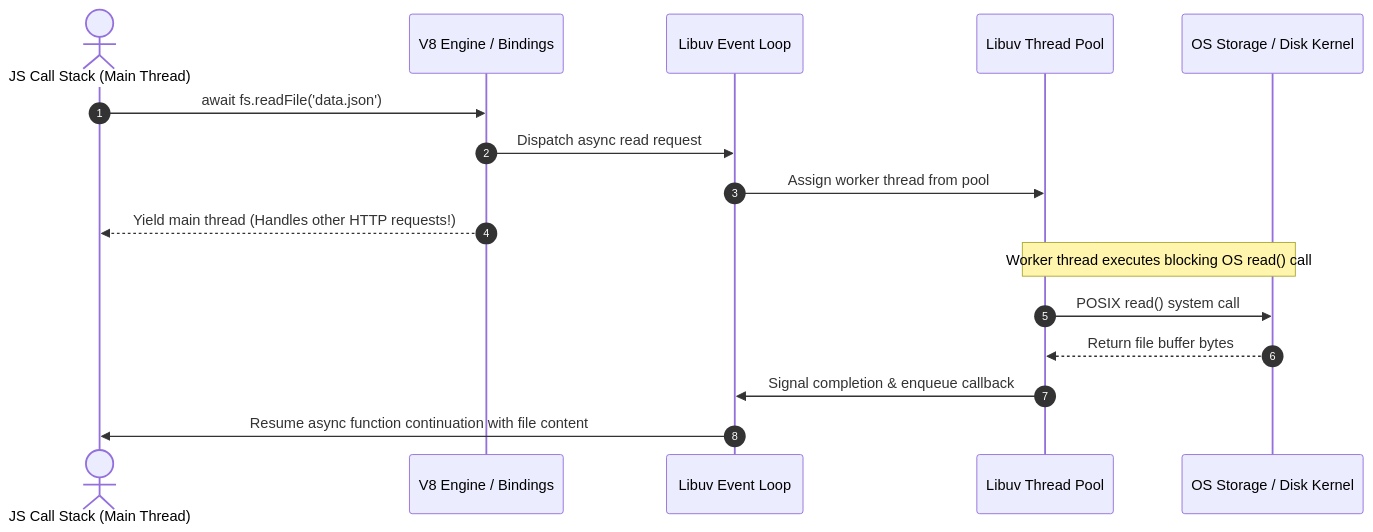
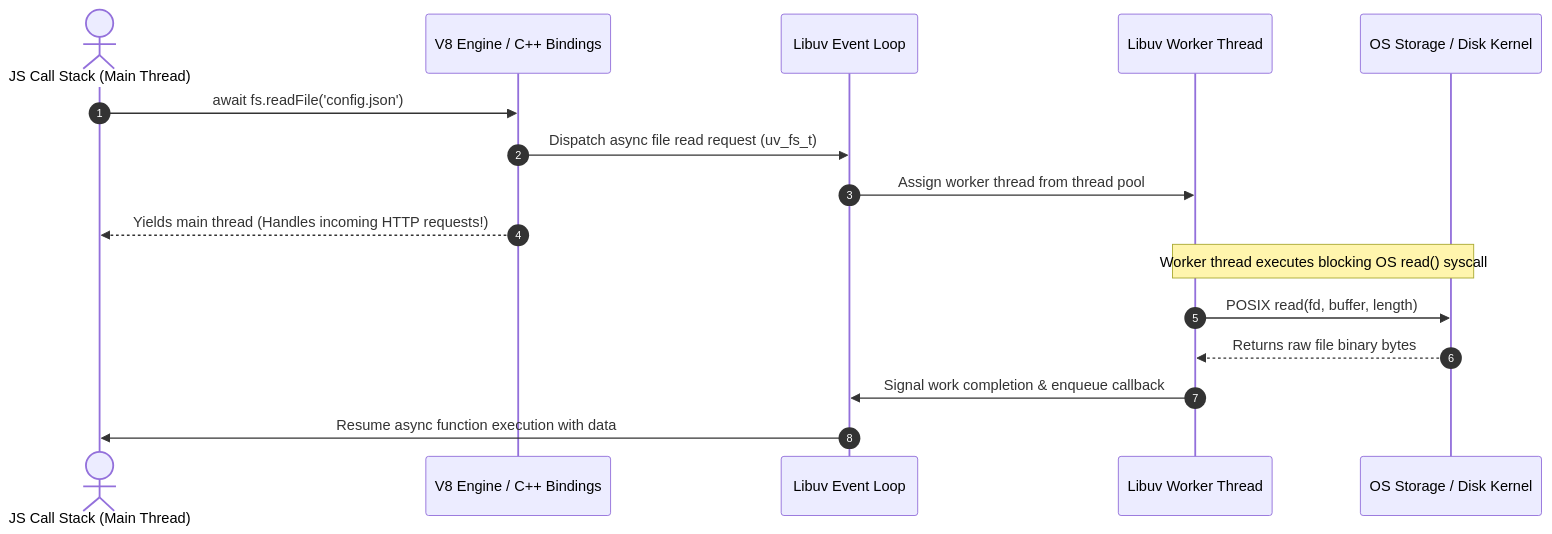
The first of 3 diagrams in nodejs-notes/07-fs-sync-and-async.md (Amie-dev/engineering-playbook), drawn with Mermaid before and after one commit. The commit also changed other lines of this file and 31 other files, not shown here.

````diff
--- a/nodejs-notes/07-fs-sync-and-async.md
+++ b/nodejs-notes/07-fs-sync-and-async.md
@@ -18,21 +20,21 @@
 ```mermaid
 sequenceDiagram
     autonumber
     actor App as JS Call Stack (Main Thread)
-    participant V8 as V8 Engine / Bindings
+    participant V8 as V8 Engine / C++ Bindings
     participant Libuv as Libuv Event Loop
-    participant Thread as Libuv Thread Pool
+    participant Thread as Libuv Worker Thread
     participant OS as OS Storage / Disk Kernel
 
-    App->>V8: await fs.readFile('data.json')
-    V8->>Libuv: Dispatch async read request
-    Libuv->>Thread: Assign worker thread from pool
-    V8-->>App: Yield main thread (Handles other HTTP requests!)
+    App->>V8: await fs.readFile('config.json')
+    V8->>Libuv: Dispatch async file read request (uv_fs_t)
+    Libuv->>Thread: Assign worker thread from thread pool
+    V8-->>App: Yields main thread (Handles incoming HTTP requests!)
     
-    Note over Thread,OS: Worker thread executes blocking OS read() call
-    Thread->>OS: POSIX read() system call
-    OS-->>Thread: Return file buffer bytes
+    Note over Thread,OS: Worker thread executes blocking OS read() syscall
+    Thread->>OS: POSIX read(fd, buffer, length)
+    OS-->>Thread: Returns raw file binary bytes
     
-    Thread->>Libuv: Signal completion & enqueue callback
-    Libuv->>App: Resume async function continuation with file content
+    Thread->>Libuv: Signal work completion & enqueue callback
+    Libuv->>App: Resume async function execution with data
 ```
````
